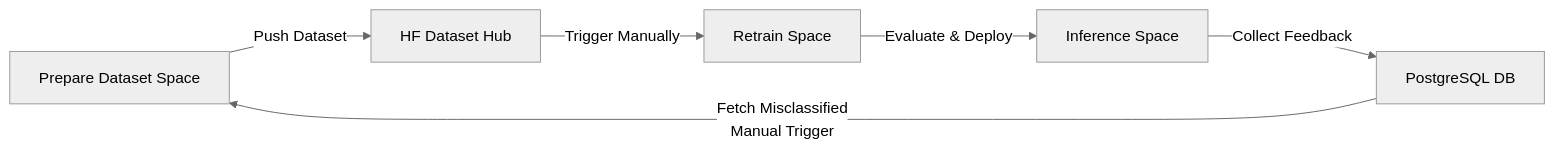
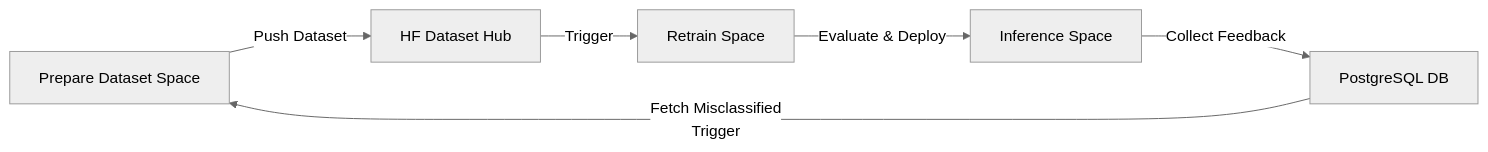
One commit to fuseai-fellowship/Sambodhan-AI-Powered-Grievance-Redressal-System-for-Local-Governance changed the first of 4 diagrams in README.md. Above: the diagram before and after it, drawn with Mermaid (neutral theme). The commit also changed other lines of this file, not shown here.

````diff
--- a/README.md
+++ b/README.md
@@ -209,8 +209,8 @@
 ```mermaid
 graph LR
     A[Prepare Dataset Space] -->|Push Dataset| B[HF Dataset Hub]
-    B -->|Trigger Manually| C[Retrain Space]
+    B -->|Trigger | C[Retrain Space]
     C -->|Evaluate & Deploy| D[Inference Space]
     D -->|Collect Feedback| E[PostgreSQL DB]
-    E -->|Fetch Misclassified</br>Manual Trigger| A
+    E -->|Fetch Misclassified</br>Trigger| A
 ```
````
